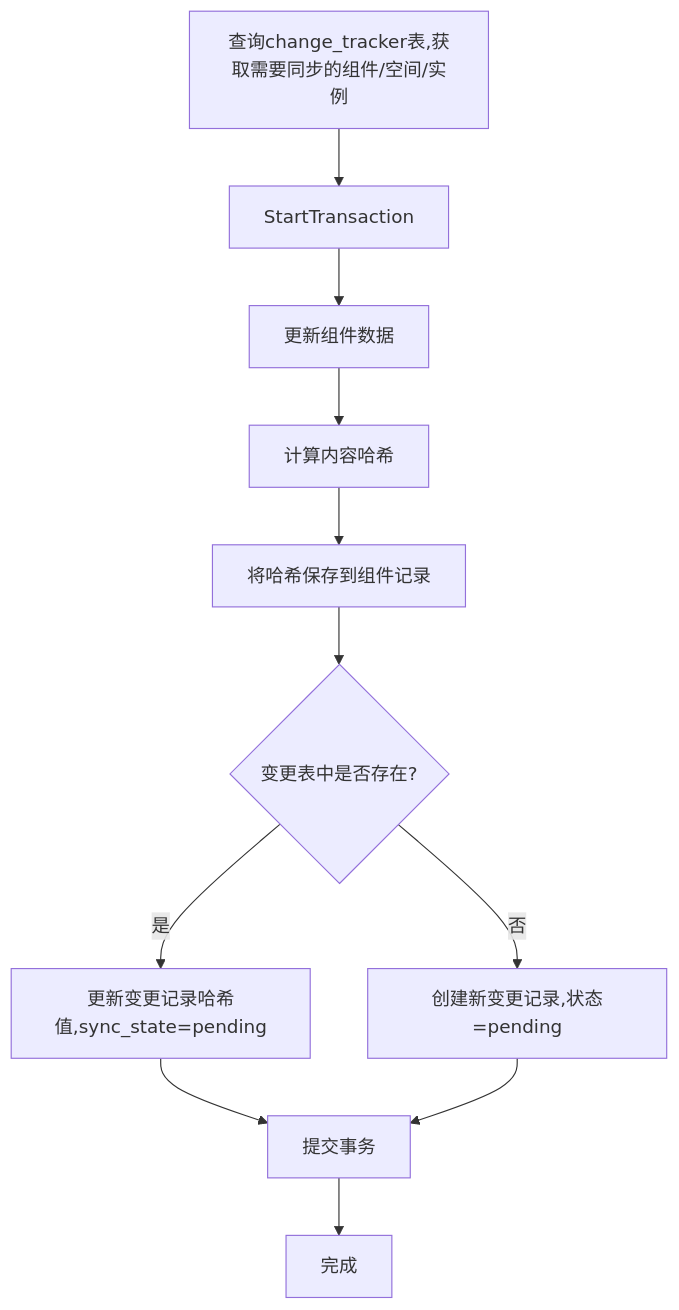
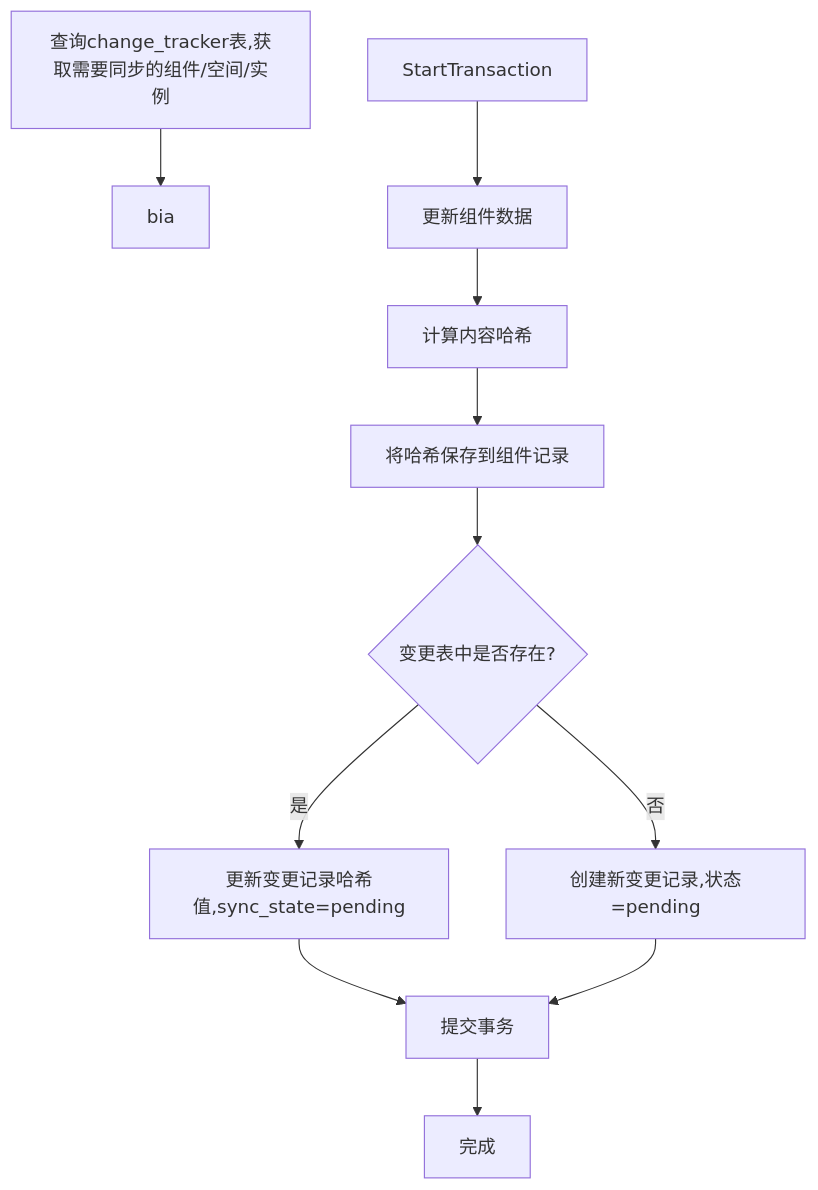
Before and after one commit to yingjianzh/iodraw-files: the diagram in all/未命名-43.md, drawn with Mermaid.

Commit message:
2025-04-25 18:14:26 update

````diff
--- a/all/未命名-43.md
+++ b/all/未命名-43.md
@@ -1,17 +1,17 @@
 ```mermaid
 
 flowchart TD
-    Start[查询change_tracker表,获取需要同步的组件/空间/实例] --> 
+    Start[查询change_tracker表,获取需要同步的组件/空间/实例] --> A[bia]
     StartTransaction --> UpdateComponent[更新组件数据]
     UpdateComponent --> CalcHash[计算内容哈希]
     CalcHash --> SaveHash[将哈希保存到组件记录]
     SaveHash --> CheckExists{变更表中是否存在?}
     
     CheckExists -- 是 --> UpdateChange[更新变更记录哈希值,sync_state=pending]
     CheckExists -- 否 --> CreateChange[创建新变更记录,状态=pending]
     
     UpdateChange --> CommitTransaction[提交事务]
     CreateChange --> CommitTransaction
     CommitTransaction --> End[完成]
 
 ```
````
